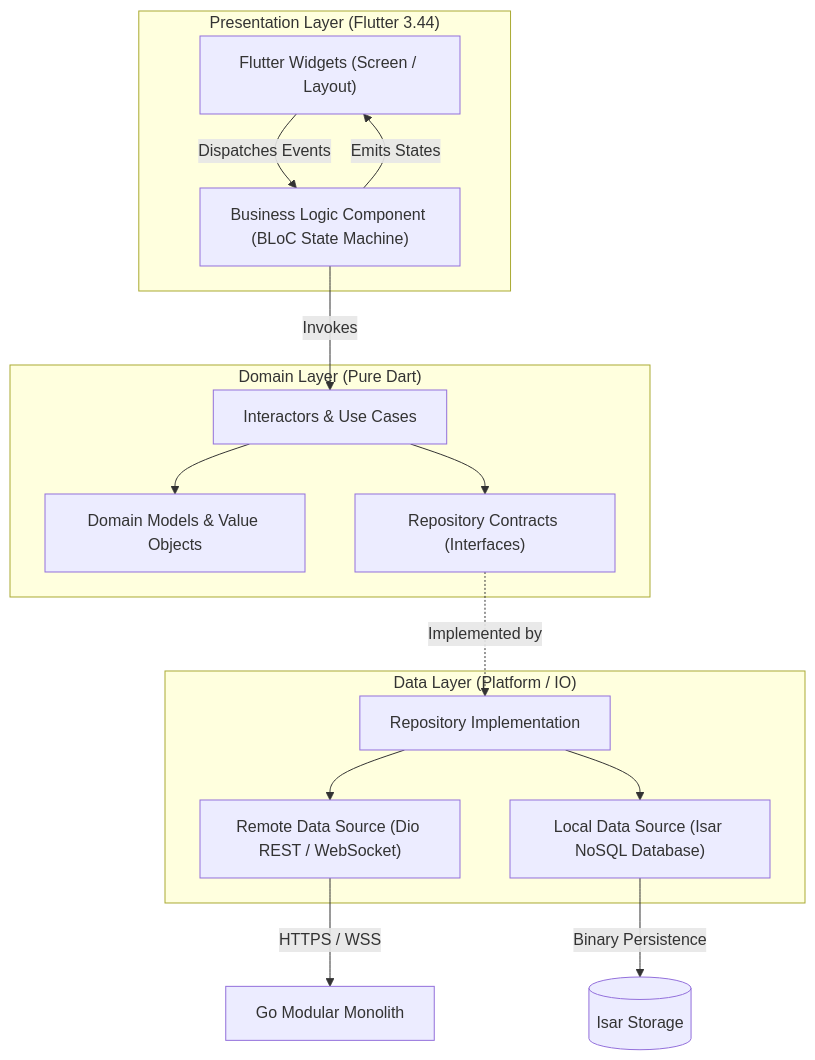
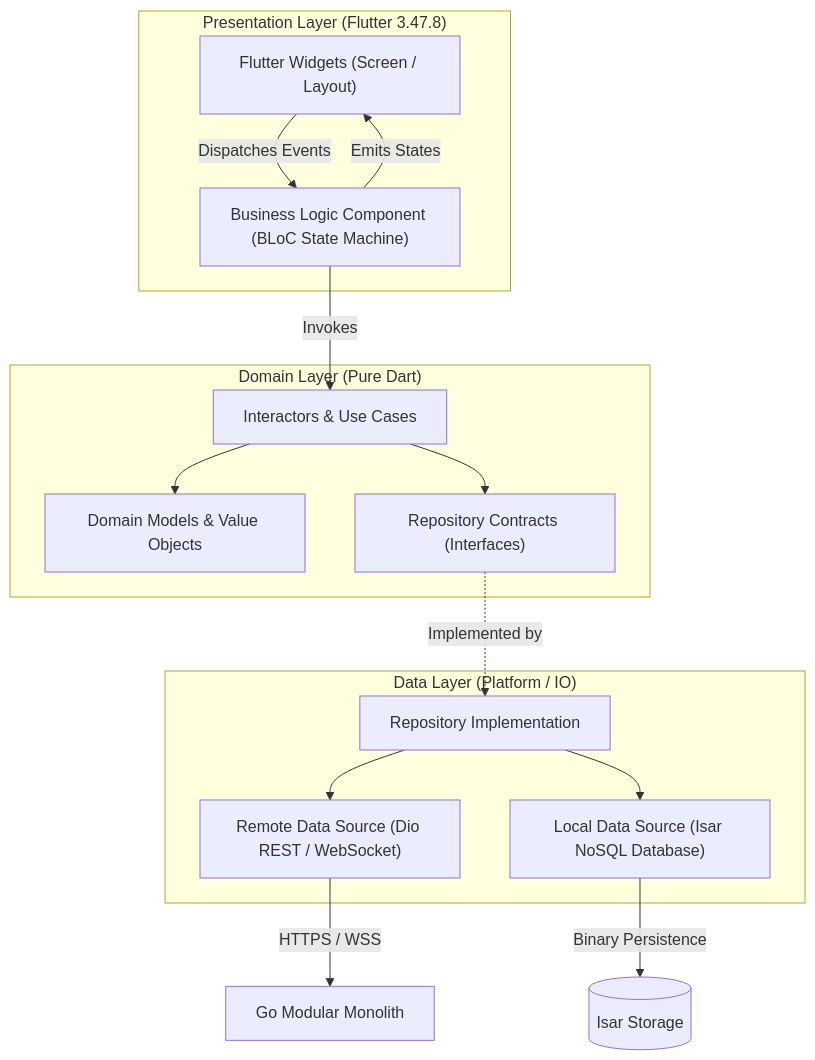
The fourth of 8 diagrams in docs/source/Architecture_Design_Document.md (YDink/Heavy-Machinery-Logistics-Rental), drawn with Mermaid before and after one commit. The commit also changed other lines of this file and 212 other files, not shown here.

````diff
--- a/docs/source/Architecture_Design_Document.md
+++ b/docs/source/Architecture_Design_Document.md
@@ -292,30 +292,30 @@
 ```mermaid
 flowchart TD
-    subgraph PresentationTier["Presentation Layer (Flutter 3.44)"]
+    subgraph PresentationTier["Presentation Layer (Flutter 3.47.8)"]
         UI["Flutter Widgets (Screen / Layout)"]
         BLoC["Business Logic Component (BLoC State Machine)"]
         UI -->|Dispatches Events| BLoC
         BLoC -->|Emits States| UI
     end
 
     subgraph DomainTier["Domain Layer (Pure Dart)"]
         UseCase["Interactors & Use Cases"]
         Entity["Domain Models & Value Objects"]
         RepoInterface["Repository Contracts (Interfaces)"]
         BLoC -->|Invokes| UseCase
         UseCase --> Entity
         UseCase --> RepoInterface
     end
 
     subgraph DataTier["Data Layer (Platform / IO)"]
         RepoImpl["Repository Implementation"]
         RemoteDS["Remote Data Source (Dio REST / WebSocket)"]
         LocalDS["Local Data Source (Isar NoSQL Database)"]
         RepoInterface -.->|Implemented by| RepoImpl
         RepoImpl --> RemoteDS
         RepoImpl --> LocalDS
     end
 
     RemoteDS -->|HTTPS / WSS| Backend[Go Modular Monolith]
     LocalDS -->|Binary Persistence| OfflineDB[(Isar Storage)]
 ```
````
